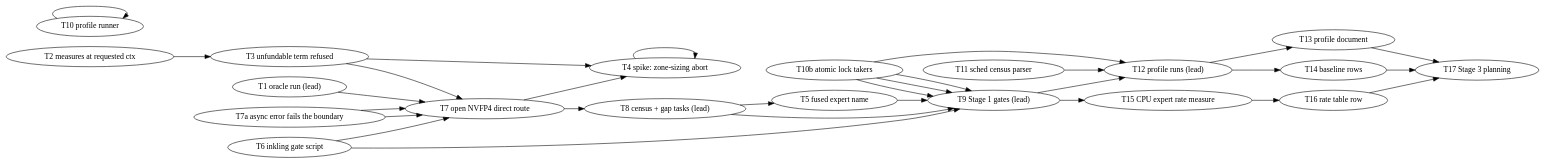
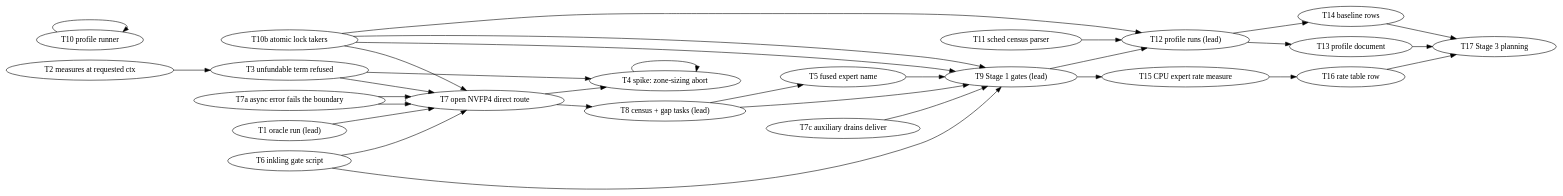
Before and after one commit to kainlan/llama.cpp-intel-optimizations: the diagram in docs/plans/2026-11-21-inkling2-mini-sycl-enable-profile-optimize.md, drawn with Graphviz. The commit also changed other lines of this file and 1 other file, not shown here.

````diff
--- a/docs/plans/2026-11-21-inkling2-mini-sycl-enable-profile-optimize.md
+++ b/docs/plans/2026-11-21-inkling2-mini-sycl-enable-profile-optimize.md
@@ -92,33 +92,34 @@
 ```dot
 digraph dependencies {
     rankdir=LR;
     1  [label="T1 oracle run (lead)"];
     2  [label="T2 measures at requested ctx"];
     3  [label="T3 unfundable term refused"];
     4  [label="T4 spike: zone-sizing abort"];
     4b [label="T4b zone-sizing refusal"];
     5  [label="T5 fused expert name"];
     6  [label="T6 inkling gate script"];
     6b [label="T6b GPT-OSS gate without -ngl"];
     7a [label="T7a async error fails the boundary"];
     7b [label="T7b every queue has the handler"];
+    7c [label="T7c auxiliary drains deliver"];
     7  [label="T7 open NVFP4 direct route"];
     8  [label="T8 census + gap tasks (lead)"];
     9  [label="T9 Stage 1 gates (lead)"];
     10 [label="T10 profile runner"];
     10b [label="T10b atomic lock takers"];
     11 [label="T11 sched census parser"];
     12 [label="T12 profile runs (lead)"];
     13 [label="T13 profile document"];
     14 [label="T14 baseline rows"];
     15 [label="T15 CPU expert rate measure"];
     16 [label="T16 rate table row"];
     17 [label="T17 Stage 3 planning"];
     2 -> 3; 3 -> 4b; 4 -> 4b; 7 -> 4b; 8 -> 5;
     1 -> 7a; 7a -> 7; 7a -> 7b; 3 -> 7; 6 -> 7; 7 -> 8;
-    8 -> 9; 6 -> 9; 6b -> 9; 4b -> 9; 5 -> 9; 7b -> 9;
+    8 -> 9; 6 -> 9; 6b -> 9; 4b -> 9; 5 -> 9; 7b -> 7c; 7c -> 9;
     9 -> 12; 10 -> 10b; 10b -> 12; 11 -> 12;
     12 -> 13; 12 -> 14; 9 -> 15; 15 -> 16;
     13 -> 17; 14 -> 17; 16 -> 17;
 }
 ```
````
